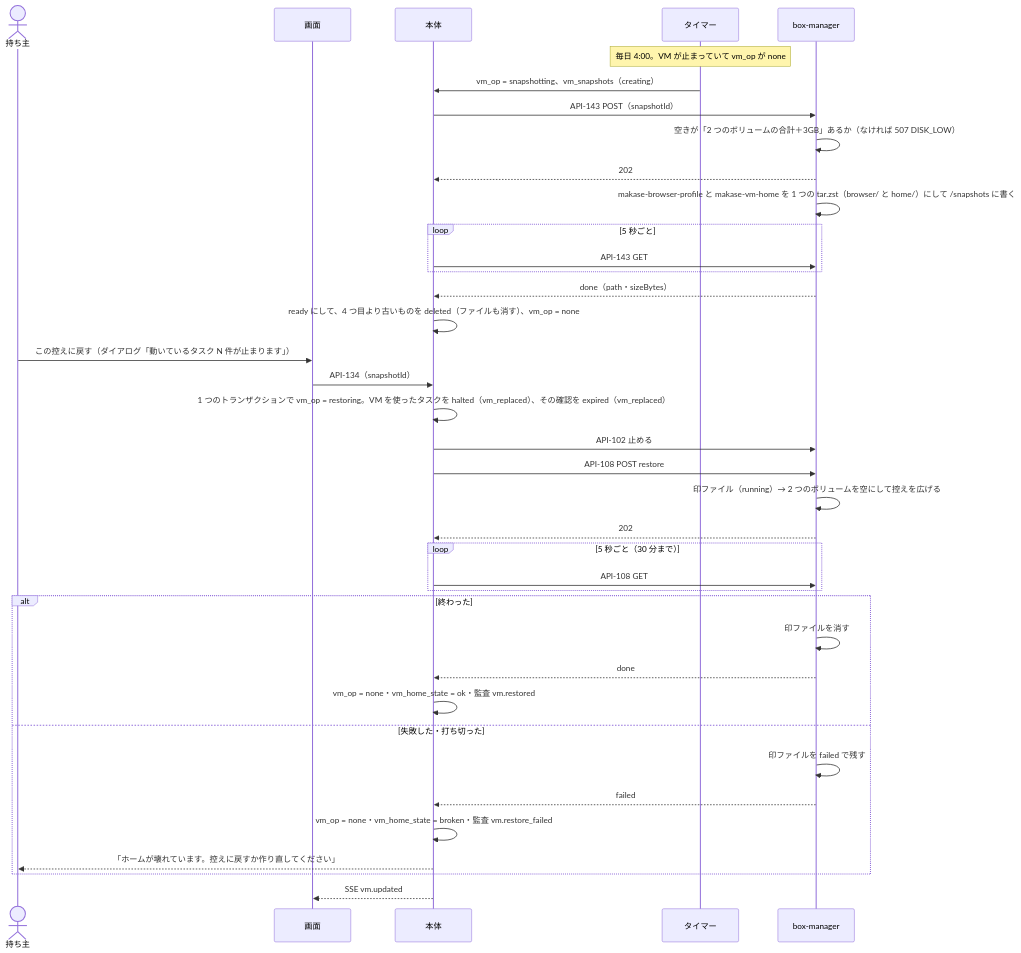
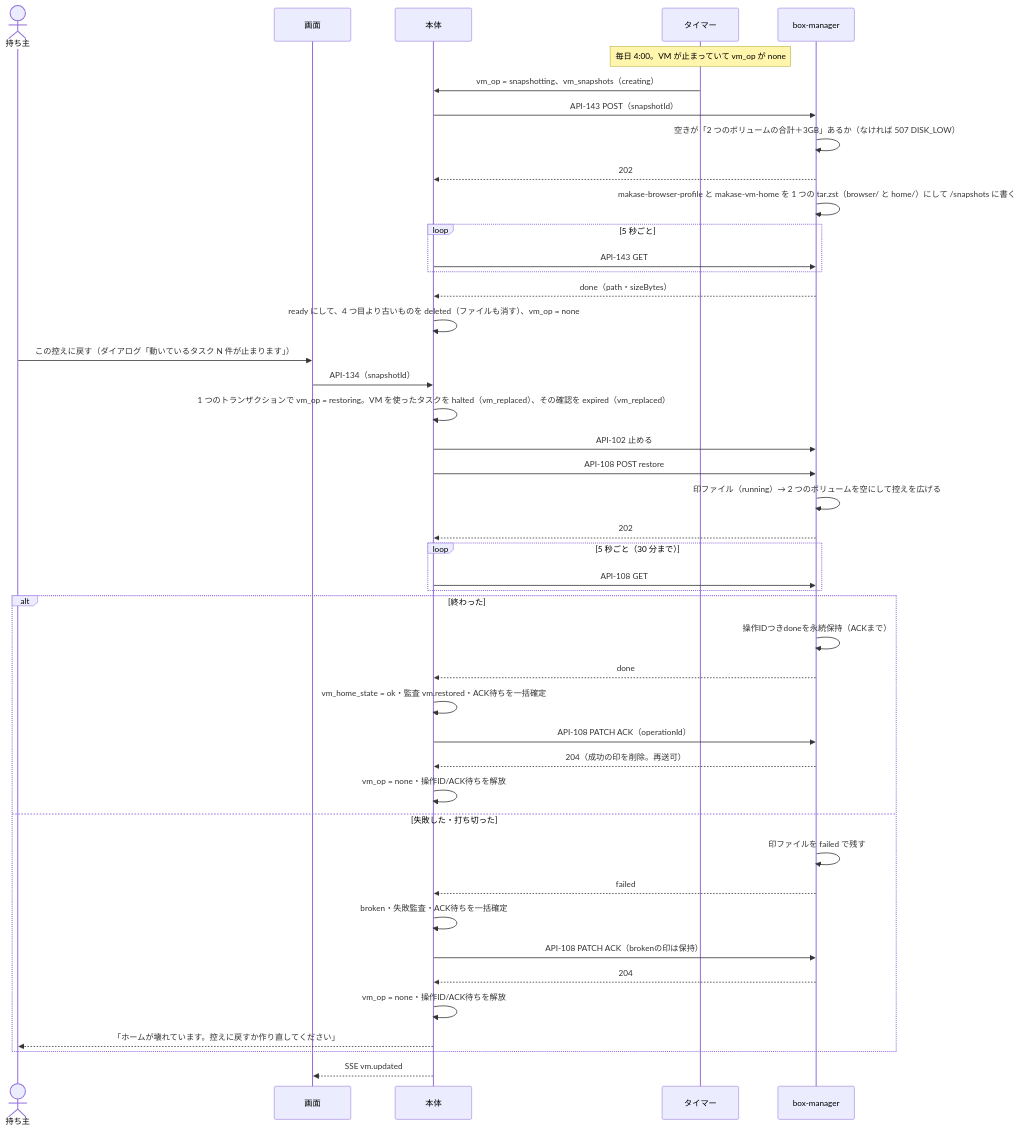
One commit to itiwoja/agent-team changed diagram 13 of 13 in docs/design/10_diagrams/sequences.md. Above: the diagram before and after it, drawn with Mermaid. The commit also changed other lines of this file and 30 other files, not shown here.

````diff
--- a/docs/design/10_diagrams/sequences.md
+++ b/docs/design/10_diagrams/sequences.md
@@ -341,40 +341,46 @@
 ```mermaid
 sequenceDiagram
  actor O as 持ち主
  participant W as 画面
  participant CORE as 本体
  participant TM as タイマー
  participant BM as box-manager
  Note over TM: 毎日 4:00。VM が止まっていて vm_op が none
  TM->>CORE: vm_op = snapshotting、vm_snapshots（creating）
  CORE->>BM: API-143 POST（snapshotId）
  BM->>BM: 空きが「2 つのボリュームの合計＋3GB」あるか（なければ 507 DISK_LOW）
  BM-->>CORE: 202
  BM->>BM: makase-browser-profile と makase-vm-home を 1 つの tar.zst（browser/ と home/）にして /snapshots に書く
  loop 5 秒ごと
   CORE->>BM: API-143 GET
  end
  BM-->>CORE: done（path・sizeBytes）
  CORE->>CORE: ready にして、4 つ目より古いものを deleted（ファイルも消す）、vm_op = none
  O->>W: この控えに戻す（ダイアログ「動いているタスク N 件が止まります」）
  W->>CORE: API-134（snapshotId）
  CORE->>CORE: 1 つのトランザクションで vm_op = restoring。VM を使ったタスクを halted（vm_replaced）、その確認を expired（vm_replaced）
  CORE->>BM: API-102 止める
  CORE->>BM: API-108 POST restore
  BM->>BM: 印ファイル（running）→ 2 つのボリュームを空にして控えを広げる
  BM-->>CORE: 202
  loop 5 秒ごと（30 分まで）
   CORE->>BM: API-108 GET
  end
  alt 終わった
-  BM->>BM: 印ファイルを消す
+   BM->>BM: 操作IDつきdoneを永続保持（ACKまで）
   BM-->>CORE: done
-  CORE->>CORE: vm_op = none・vm_home_state = ok・監査 vm.restored
+   CORE->>CORE: vm_home_state = ok・監査 vm.restored・ACK待ちを一括確定
+   CORE->>BM: API-108 PATCH ACK（operationId）
+   BM-->>CORE: 204（成功の印を削除。再送可）
+   CORE->>CORE: vm_op = none・操作ID/ACK待ちを解放
  else 失敗した・打ち切った
   BM->>BM: 印ファイルを failed で残す
   BM-->>CORE: failed
-  CORE->>CORE: vm_op = none・vm_home_state = broken・監査 vm.restore_failed
+   CORE->>CORE: broken・失敗監査・ACK待ちを一括確定
+   CORE->>BM: API-108 PATCH ACK（brokenの印は保持）
+   BM-->>CORE: 204
+   CORE->>CORE: vm_op = none・操作ID/ACK待ちを解放
   CORE-->>O: 「ホームが壊れています。控えに戻すか作り直してください」
  end
  CORE-->>W: SSE vm.updated
 ```
````
